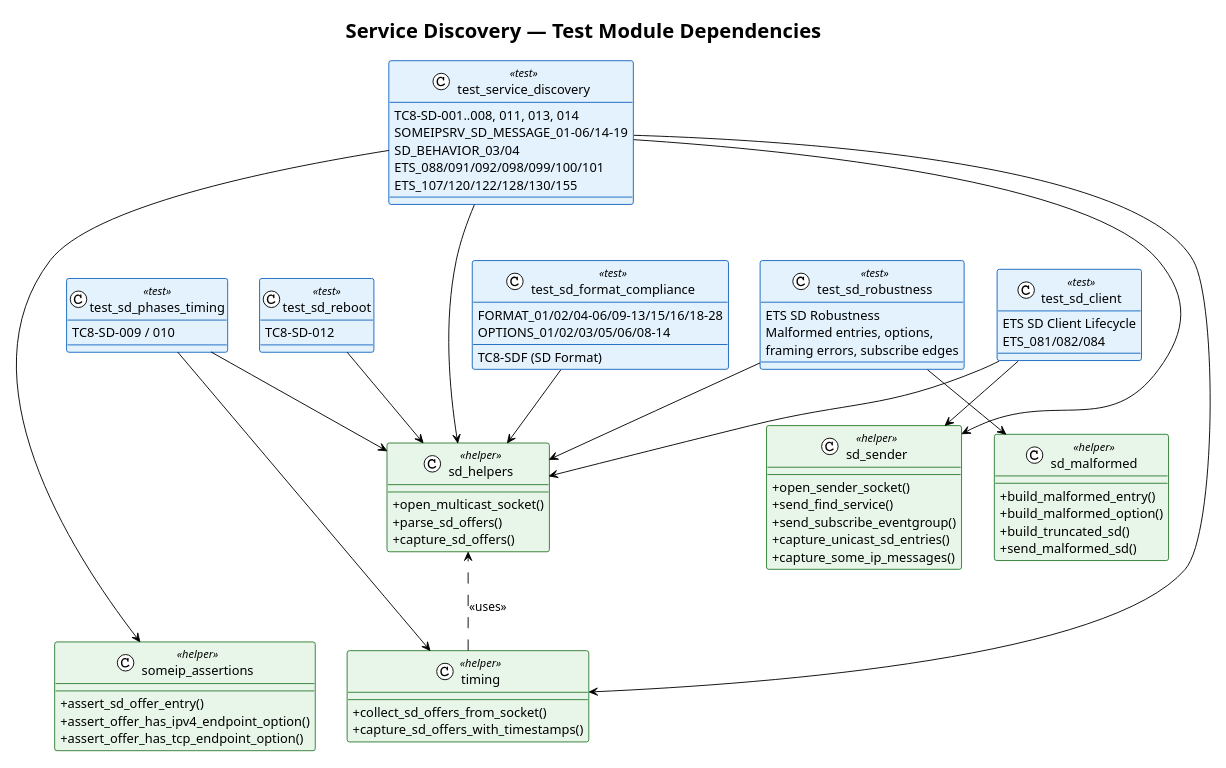
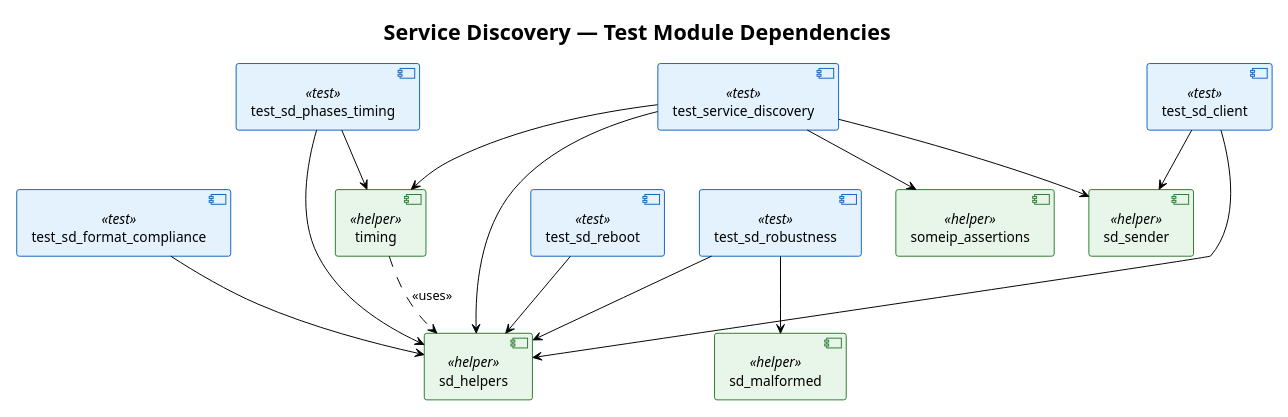
Before and after one commit to eclipse-score/inc_someip_gateway: the second of 7 diagrams in docs/architecture/tc8_conformance_testing.rst, drawn with PlantUML. The commit also changed other lines of this file and 5 other files, not shown here.

Commit message:
docs: trim TC8 architecture doc and move coverage to traceability.

```diff
--- a/docs/architecture/tc8_conformance_testing.rst
+++ b/docs/architecture/tc8_conformance_testing.rst
@@ -203,8 +146,7 @@
    @startuml
    !theme plain
    scale max 800 width
-   skinparam classAttributeIconSize 0
-   skinparam class {
+   skinparam component {
      BackgroundColor<<test>> #E3F2FD
      BorderColor<<test>> #1565C0
      BackgroundColor<<helper>> #E8F5E9
@@ -213,89 +155,31 @@
 
    title Service Discovery — Test Module Dependencies
 
-   class test_service_discovery <<test>> {
-     TC8-SD-001..008, 011, 013, 014
-     SOMEIPSRV_SD_MESSAGE_01–06/14–19
-     SD_BEHAVIOR_03/04
-     ETS_088/091/092/098/099/100/101
-     ETS_107/120/122/128/130/155
-   }
-   class test_sd_phases_timing <<test>> {
-     TC8-SD-009 / 010
-   }
-   class test_sd_reboot <<test>> {
-     TC8-SD-012
-   }
-   class test_sd_format_compliance <<test>> {
-     TC8-SDF (SD Format)
-     FORMAT_01/02/04–06/09–13/15/16/18–28
-     OPTIONS_01/02/03/05/06/08–14
-   }
-   class test_sd_robustness <<test>> {
-     ETS SD Robustness
-     Malformed entries, options,
-     framing errors, subscribe edges
-   }
-   class test_sd_client <<test>> {
-     ETS SD Client Lifecycle
-     ETS_081/082/084
-   }
+   [test_service_discovery] <<test>>
+   [test_sd_phases_timing] <<test>>
+   [test_sd_reboot] <<test>>
+   [test_sd_format_compliance] <<test>>
+   [test_sd_robustness] <<test>>
+   [test_sd_client] <<test>>
 
-   class sd_helpers <<helper>> {
-     +open_multicast_socket()
-     +parse_sd_offers()
-     +capture_sd_offers()
-   }
-   class sd_sender <<helper>> {
-     +open_sender_socket()
-     +send_find_service()
-     +send_subscribe_eventgroup()
-     +capture_unicast_sd_entries()
-     +capture_some_ip_messages()
-   }
-   class sd_malformed <<helper>> {
-     +build_malformed_entry()
-     +build_malformed_option()
-     +build_truncated_sd()
-     +send_malformed_sd()
-   }
-   class someip_assertions <<helper>> {
-     +assert_sd_offer_entry()
-     +assert_offer_has_ipv4_endpoint_option()
-     +assert_offer_has_tcp_endpoint_option()
-   }
-   class timing <<helper>> {
-     +collect_sd_offers_from_socket()
-     +capture_sd_offers_with_timestamps()
-   }
+   [sd_helpers] <<helper>>
+   [sd_sender] <<helper>>
+   [sd_malformed] <<helper>>
+   [someip_assertions] <<helper>>
+   [timing] <<helper>>
 
-   ' layout: test modules in two rows
-   test_service_discovery -right[hidden]- test_sd_phases_timing
-   test_sd_phases_timing -right[hidden]- test_sd_reboot
-   test_sd_format_compliance -right[hidden]- test_sd_robustness
-   test_sd_robustness -right[hidden]- test_sd_client
-   test_service_discovery -down[hidden]- test_sd_format_compliance
+   test_service_discovery --> sd_helpers
+   test_service_discovery --> sd_sender
+   test_service_discovery --> someip_assertions
+   test_service_discovery --> timing
+   test_sd_phases_timing --> timing
+   test_sd_phases_timing --> sd_helpers
+   test_sd_reboot --> sd_helpers
+   test_sd_format_compliance --> sd_helpers
+   test_sd_robustness --> sd_malformed
+   test_sd_robustness --> sd_helpers
+   test_sd_client --> sd_helpers
+   test_sd_client --> sd_sender
 
-   ' layout: helpers in a row below tests
-   sd_helpers -right[hidden]- sd_sender
-   sd_sender -right[hidden]- sd_malformed
-   someip_assertions -right[hidden]- timing
-   sd_helpers -down[hidden]- someip_assertions
-
-   ' test → helper dependencies
-   test_service_discovery -down-> sd_helpers
-   test_service_discovery -down-> sd_sender
-   test_service_discovery -down-> someip_assertions
-   test_service_discovery -down-> timing
-   test_sd_phases_timing -down-> timing
-   test_sd_phases_timing -down-> sd_helpers
-   test_sd_reboot -down-> sd_helpers
-   test_sd_format_compliance -down-> sd_helpers
-   test_sd_robustness -down-> sd_malformed
-   test_sd_robustness -down-> sd_helpers
-   test_sd_client -down-> sd_helpers
-   test_sd_client -down-> sd_sender
-
-   ' internal helper dependencies
    timing ..> sd_helpers : <<uses>>
    @enduml
```
